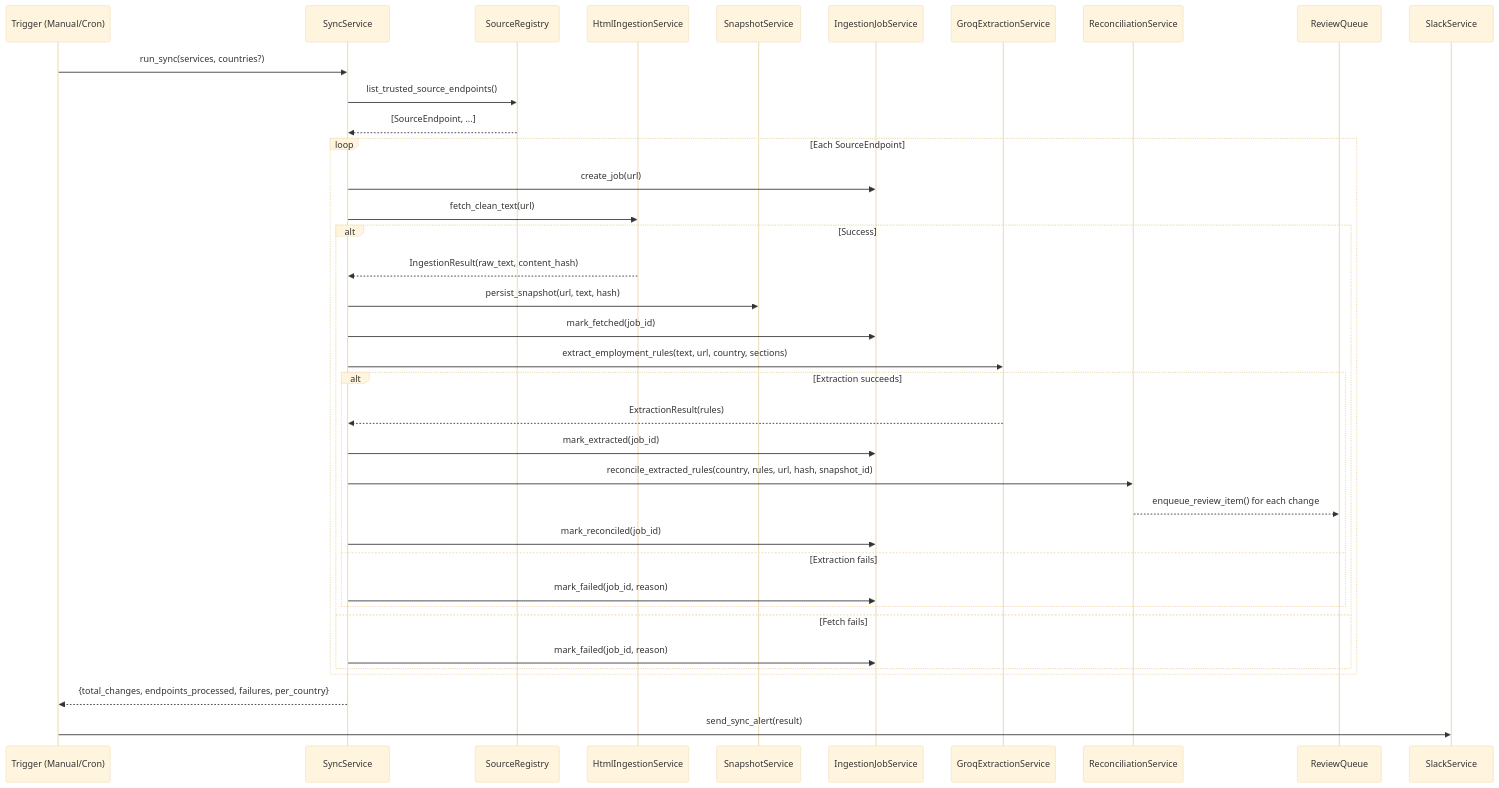
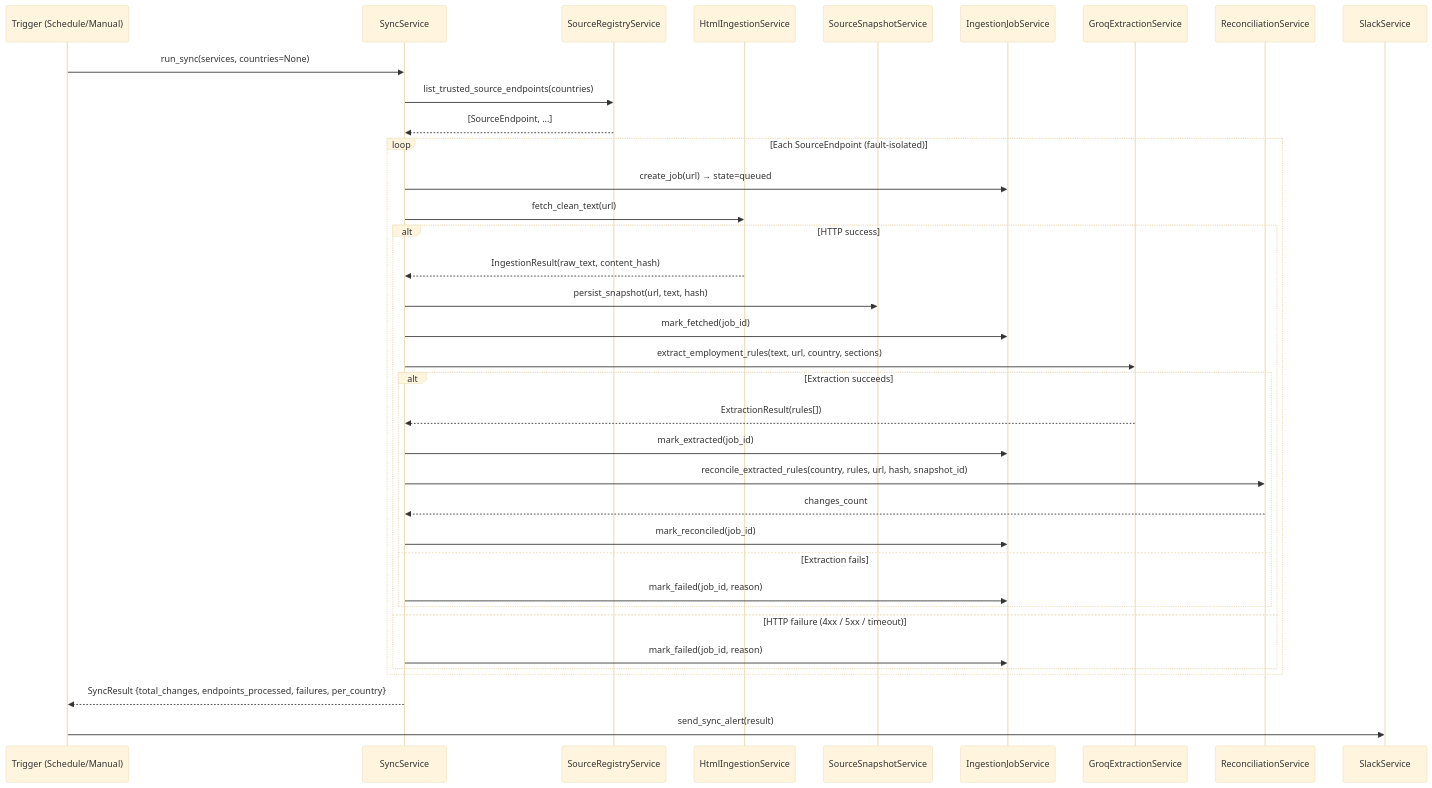
Before and after one commit to guptashivansh/country-guide-reconciliation: the diagram in docs/modules/sync-pipeline.md, drawn with Mermaid (base theme). The commit also changed other lines of this file and 12 other files, not shown here.

````diff
--- a/docs/modules/sync-pipeline.md
+++ b/docs/modules/sync-pipeline.md
@@ -40,42 +64,46 @@
 ```mermaid
 sequenceDiagram
-    participant Trigger as Trigger (Manual/Cron)
+    participant Trigger as Trigger (Schedule/Manual)
     participant Sync as SyncService
-    participant Registry as SourceRegistry
+    participant Registry as SourceRegistryService
     participant Ingest as HtmlIngestionService
-    participant Snapshot as SnapshotService
+    participant Snapshot as SourceSnapshotService
     participant Job as IngestionJobService
     participant Extract as GroqExtractionService
     participant Recon as ReconciliationService
-    participant Queue as ReviewQueue
     participant Slack as SlackService
 
-    Trigger->>Sync: run_sync(services, countries?)
-    Sync->>Registry: list_trusted_source_endpoints()
+    Trigger->>Sync: run_sync(services, countries=None)
+    Sync->>Registry: list_trusted_source_endpoints(countries)
     Registry-->>Sync: [SourceEndpoint, ...]
 
-    loop Each SourceEndpoint
-        Sync->>Job: create_job(url)
+    loop Each SourceEndpoint (fault-isolated)
+        Sync->>Job: create_job(url)  → state=queued
         Sync->>Ingest: fetch_clean_text(url)
-        alt Success
+
+        alt HTTP success
             Ingest-->>Sync: IngestionResult(raw_text, content_hash)
             Sync->>Snapshot: persist_snapshot(url, text, hash)
             Sync->>Job: mark_fetched(job_id)
+
             Sync->>Extract: extract_employment_rules(text, url, country, sections)
+
             alt Extraction succeeds
-                Extract-->>Sync: ExtractionResult(rules)
+                Extract-->>Sync: ExtractionResult(rules[])
                 Sync->>Job: mark_extracted(job_id)
                 Sync->>Recon: reconcile_extracted_rules(country, rules, url, hash, snapshot_id)
-                Recon-->>Queue: enqueue_review_item() for each change
+                Recon-->>Sync: changes_count
                 Sync->>Job: mark_reconciled(job_id)
+
             else Extraction fails
                 Sync->>Job: mark_failed(job_id, reason)
             end
-        else Fetch fails
+
+        else HTTP failure (4xx / 5xx / timeout)
             Sync->>Job: mark_failed(job_id, reason)
         end
     end
 
-    Sync-->>Trigger: {total_changes, endpoints_processed, failures, per_country}
+    Sync-->>Trigger: SyncResult {total_changes, endpoints_processed, failures, per_country}
     Trigger->>Slack: send_sync_alert(result)
 ```
````
